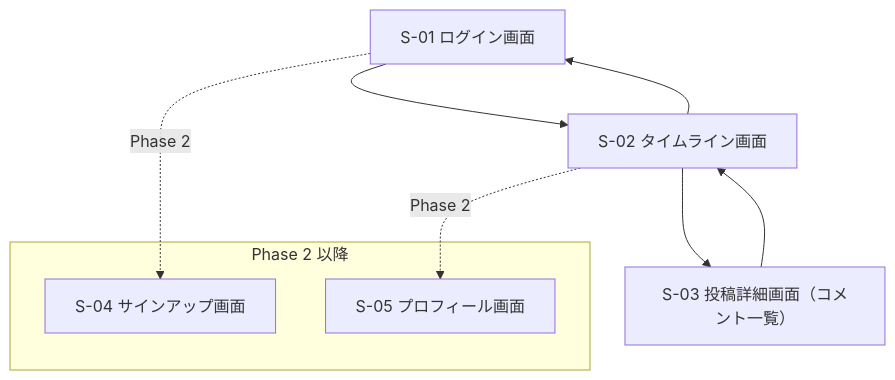
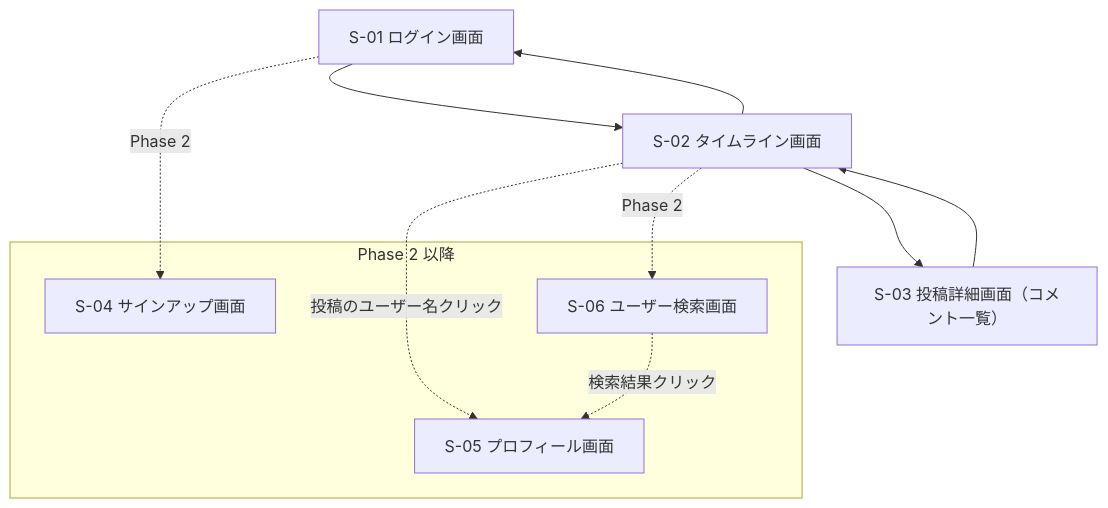
One commit to yusu31/RaiseTimeLine changed the first of 2 diagrams in docs/screen-design.md. Above: the diagram before and after it, drawn with Mermaid. The commit also changed other lines of this file and 7 other files, not shown here.

````diff
--- a/docs/screen-design.md
+++ b/docs/screen-design.md
@@ -24,13 +25,16 @@
 ```mermaid
 graph TD
     A[S-01 ログイン画面] --> B[S-02 タイムライン画面]
     B --> C[S-03 投稿詳細画面（コメント一覧）]
     C --> B
     B --> A
     subgraph Phase 2 以降
         D[S-04 サインアップ画面]
         E[S-05 プロフィール画面]
+        F[S-06 ユーザー検索画面]
     end
     A -.Phase 2.-> D
-    B -.Phase 2.-> E
+    B -.投稿のユーザー名クリック.-> E
+    B -.Phase 2.-> F
+    F -.検索結果クリック.-> E
 ```
````
